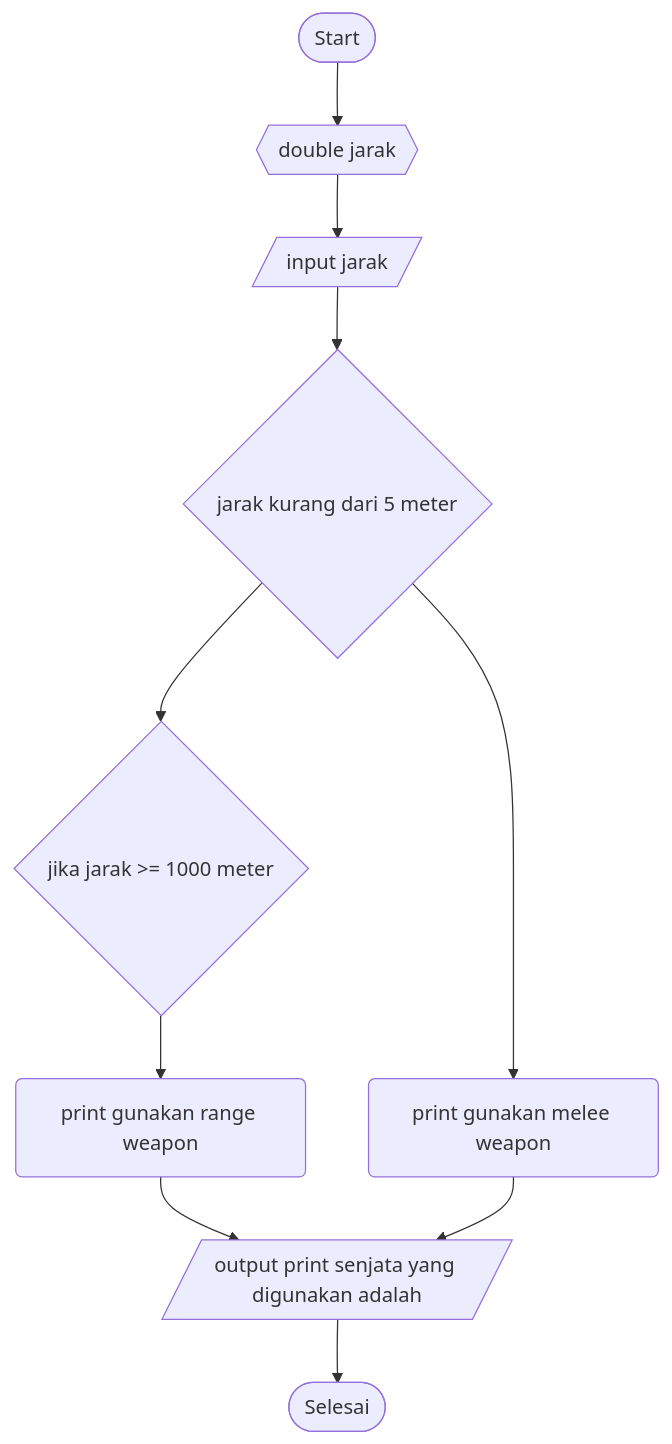
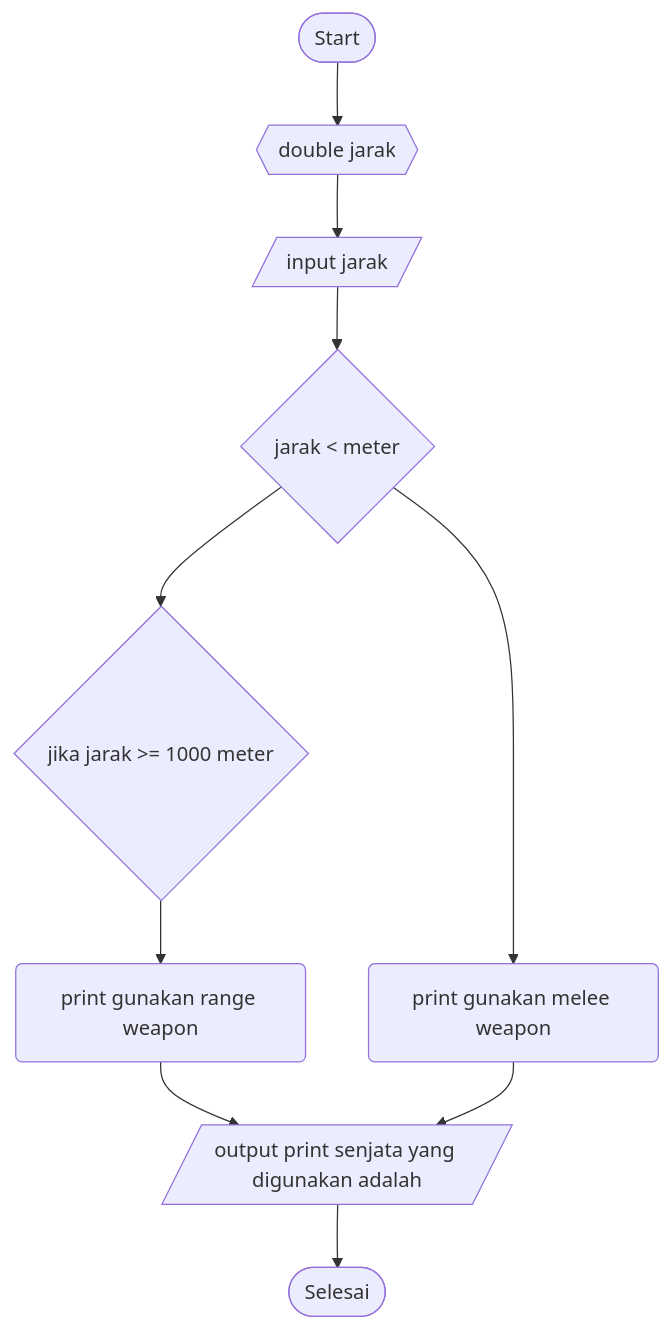
The diagram in JustForFun.md (SATRIODIANNUGROHO/Sample2.1), drawn with Mermaid before and after one commit.

````diff
--- a/JustForFun.md
+++ b/JustForFun.md
@@ -3,12 +3,12 @@
 ```mermaid
 graph TD;
     A([Start])-->B{{double jarak}};
     B{{double jarak}}-->C[/input jarak/];
     C[/input jarak/]-->D{jarak kurang dari 5 meter};
-    D{jarak kurang dari 5 meter}-->E(print gunakan melee weapon);
-    D{jarak kurang dari 5 meter}-->F{jika jarak >= 1000 meter};
+    D{jarak < 5 meter}-->E(print gunakan melee weapon);
+    D{jarak < meter}-->F{jika jarak >= 1000 meter};
     F{jika jarak >= 1000 meter}-->G(print gunakan range weapon);
     G(print gunakan range weapon)-->H[/output print senjata yang digunakan adalah/];
     E(print gunakan melee weapon)-->H[/output print senjata yang digunakan adalah/];
     H[/output print senjata yang digunakan adalah/]-->I([Selesai]);
 ```
````
